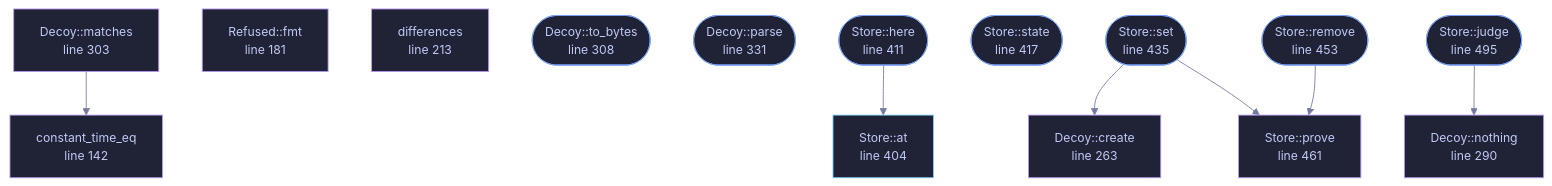
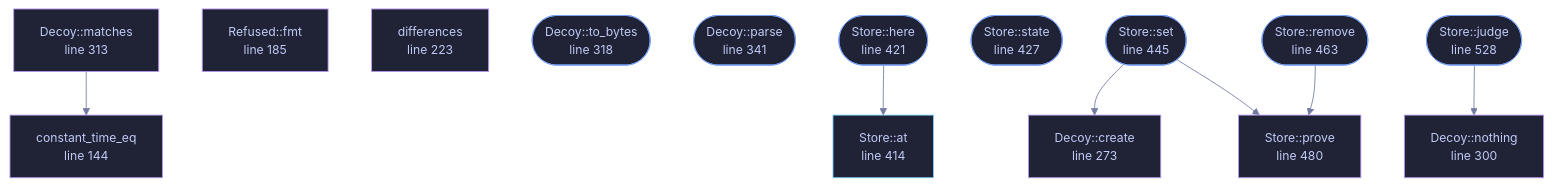
Before and after one commit to tilas01/veilvoice: the diagram in docs/files/veilvoice-crypto/decoy.md, drawn with Mermaid. The commit also changed other lines of this file and 41 other files, not shown here.

````diff
--- a/docs/files/veilvoice-crypto/decoy.md
+++ b/docs/files/veilvoice-crypto/decoy.md
@@ -167,50 +169,50 @@
 ```mermaid
 %%{init: {"theme":"base","themeVariables":{"background":"#1a1b26","primaryColor":"#1f2335","primaryTextColor":"#c0caf5","primaryBorderColor":"#7aa2f7","secondaryColor":"#16161e","tertiaryColor":"#16161e","lineColor":"#737aa2","textColor":"#c0caf5","mainBkg":"#1f2335","nodeBorder":"#7aa2f7","clusterBkg":"#16161e","clusterBorder":"#2f3549","fontFamily":"ui-monospace, SFMono-Regular, Consolas, monospace","fontSize":"14px"}}}%%
 flowchart TD
-    n_create["Verifier::create<br/>line 125"]
-    n_matches["Verifier::matches<br/>line 135"]
-    n_constant_time_eq["constant_time_eq<br/>line 142"]
-    n_fmt["Refused::fmt<br/>line 181"]
-    n_differences["differences<br/>line 213"]
-    n_create["Decoy::create<br/>line 263"]
-    n_nothing["Decoy::nothing<br/>line 290"]
-    n_matches["Decoy::matches<br/>line 303"]
-    n_to_bytes(["Decoy::to_bytes<br/>line 308"])
-    n_parse(["Decoy::parse<br/>line 331"])
-    n_at["Store::at<br/>line 404"]
-    n_here(["Store::here<br/>line 411"])
-    n_state(["Store::state<br/>line 417"])
-    n_set(["Store::set<br/>line 435"])
-    n_remove(["Store::remove<br/>line 453"])
-    n_prove["Store::prove<br/>line 461"]
-    n_judge(["Store::judge<br/>line 495"])
+    n_create["Verifier::create<br/>line 127"]
+    n_matches["Verifier::matches<br/>line 137"]
+    n_constant_time_eq["constant_time_eq<br/>line 144"]
+    n_fmt["Refused::fmt<br/>line 185"]
+    n_differences["differences<br/>line 223"]
+    n_create["Decoy::create<br/>line 273"]
+    n_nothing["Decoy::nothing<br/>line 300"]
+    n_matches["Decoy::matches<br/>line 313"]
+    n_to_bytes(["Decoy::to_bytes<br/>line 318"])
+    n_parse(["Decoy::parse<br/>line 341"])
+    n_at["Store::at<br/>line 414"]
+    n_here(["Store::here<br/>line 421"])
+    n_state(["Store::state<br/>line 427"])
+    n_set(["Store::set<br/>line 445"])
+    n_remove(["Store::remove<br/>line 463"])
+    n_prove["Store::prove<br/>line 480"]
+    n_judge(["Store::judge<br/>line 528"])
     n_here --> n_at
     n_judge --> n_nothing
     n_matches --> n_constant_time_eq
     n_remove --> n_prove
     n_set --> n_create
     n_set --> n_prove
-    click n_create href "https://github.com/tilas01/veilvoice/blob/main/crates/veilvoice-crypto/src/decoy.rs#L125" "open the source"
-    click n_matches href "https://github.com/tilas01/veilvoice/blob/main/crates/veilvoice-crypto/src/decoy.rs#L135" "open the source"
-    click n_constant_time_eq href "https://github.com/tilas01/veilvoice/blob/main/crates/veilvoice-crypto/src/decoy.rs#L142" "open the source"
-    click n_fmt href "https://github.com/tilas01/veilvoice/blob/main/crates/veilvoice-crypto/src/decoy.rs#L181" "open the source"
-    click n_differences href "https://github.com/tilas01/veilvoice/blob/main/crates/veilvoice-crypto/src/decoy.rs#L213" "open the source"
-    click n_create href "https://github.com/tilas01/veilvoice/blob/main/crates/veilvoice-crypto/src/decoy.rs#L263" "open the source"
-    click n_nothing href "https://github.com/tilas01/veilvoice/blob/main/crates/veilvoice-crypto/src/decoy.rs#L290" "open the source"
-    click n_matches href "https://github.com/tilas01/veilvoice/blob/main/crates/veilvoice-crypto/src/decoy.rs#L303" "open the source"
-    click n_to_bytes href "https://github.com/tilas01/veilvoice/blob/main/crates/veilvoice-crypto/src/decoy.rs#L308" "open the source"
-    click n_parse href "https://github.com/tilas01/veilvoice/blob/main/crates/veilvoice-crypto/src/decoy.rs#L331" "open the source"
-    click n_at href "https://github.com/tilas01/veilvoice/blob/main/crates/veilvoice-crypto/src/decoy.rs#L404" "open the source"
-    click n_here href "https://github.com/tilas01/veilvoice/blob/main/crates/veilvoice-crypto/src/decoy.rs#L411" "open the source"
-    click n_state href "https://github.com/tilas01/veilvoice/blob/main/crates/veilvoice-crypto/src/decoy.rs#L417" "open the source"
-    click n_set href "https://github.com/tilas01/veilvoice/blob/main/crates/veilvoice-crypto/src/decoy.rs#L435" "open the source"
-    click n_remove href "https://github.com/tilas01/veilvoice/blob/main/crates/veilvoice-crypto/src/decoy.rs#L453" "open the source"
-    click n_prove href "https://github.com/tilas01/veilvoice/blob/main/crates/veilvoice-crypto/src/decoy.rs#L461" "open the source"
-    click n_judge href "https://github.com/tilas01/veilvoice/blob/main/crates/veilvoice-crypto/src/decoy.rs#L495" "open the source"
+    click n_create href "https://github.com/tilas01/veilvoice/blob/main/crates/veilvoice-crypto/src/decoy.rs#L127" "open the source"
+    click n_matches href "https://github.com/tilas01/veilvoice/blob/main/crates/veilvoice-crypto/src/decoy.rs#L137" "open the source"
+    click n_constant_time_eq href "https://github.com/tilas01/veilvoice/blob/main/crates/veilvoice-crypto/src/decoy.rs#L144" "open the source"
+    click n_fmt href "https://github.com/tilas01/veilvoice/blob/main/crates/veilvoice-crypto/src/decoy.rs#L185" "open the source"
+    click n_differences href "https://github.com/tilas01/veilvoice/blob/main/crates/veilvoice-crypto/src/decoy.rs#L223" "open the source"
+    click n_create href "https://github.com/tilas01/veilvoice/blob/main/crates/veilvoice-crypto/src/decoy.rs#L273" "open the source"
+    click n_nothing href "https://github.com/tilas01/veilvoice/blob/main/crates/veilvoice-crypto/src/decoy.rs#L300" "open the source"
+    click n_matches href "https://github.com/tilas01/veilvoice/blob/main/crates/veilvoice-crypto/src/decoy.rs#L313" "open the source"
+    click n_to_bytes href "https://github.com/tilas01/veilvoice/blob/main/crates/veilvoice-crypto/src/decoy.rs#L318" "open the source"
+    click n_parse href "https://github.com/tilas01/veilvoice/blob/main/crates/veilvoice-crypto/src/decoy.rs#L341" "open the source"
+    click n_at href "https://github.com/tilas01/veilvoice/blob/main/crates/veilvoice-crypto/src/decoy.rs#L414" "open the source"
+    click n_here href "https://github.com/tilas01/veilvoice/blob/main/crates/veilvoice-crypto/src/decoy.rs#L421" "open the source"
+    click n_state href "https://github.com/tilas01/veilvoice/blob/main/crates/veilvoice-crypto/src/decoy.rs#L427" "open the source"
+    click n_set href "https://github.com/tilas01/veilvoice/blob/main/crates/veilvoice-crypto/src/decoy.rs#L445" "open the source"
+    click n_remove href "https://github.com/tilas01/veilvoice/blob/main/crates/veilvoice-crypto/src/decoy.rs#L463" "open the source"
+    click n_prove href "https://github.com/tilas01/veilvoice/blob/main/crates/veilvoice-crypto/src/decoy.rs#L480" "open the source"
+    click n_judge href "https://github.com/tilas01/veilvoice/blob/main/crates/veilvoice-crypto/src/decoy.rs#L528" "open the source"
     classDef entry fill:#1f2335,stroke:#7aa2f7,color:#c0caf5
     class n_to_bytes,n_parse,n_here,n_state,n_set,n_remove,n_judge entry
     classDef api fill:#1f2335,stroke:#7dcfff,color:#c0caf5
     class n_create,n_at api
     classDef helper fill:#1f2335,stroke:#bb9af7,color:#c0caf5
     class n_create,n_matches,n_constant_time_eq,n_fmt,n_differences,n_nothing,n_matches,n_prove helper
 ```
````
